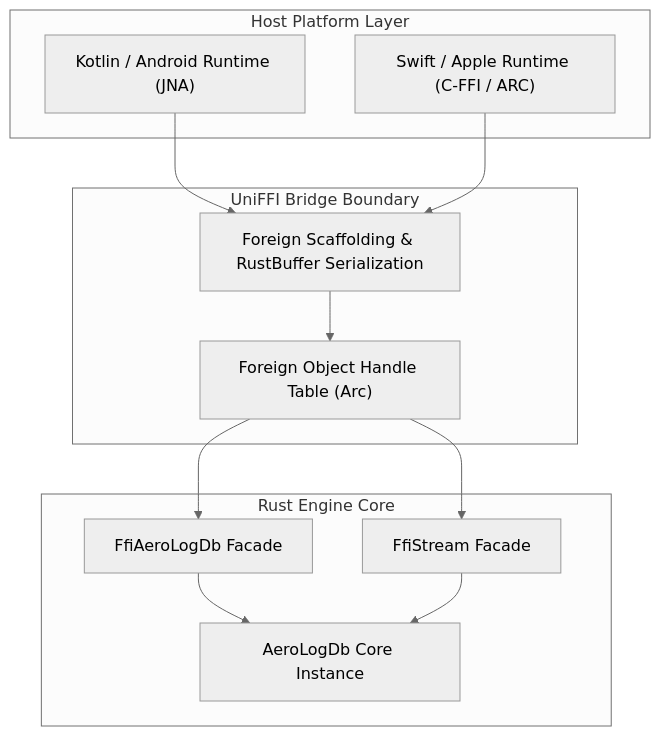
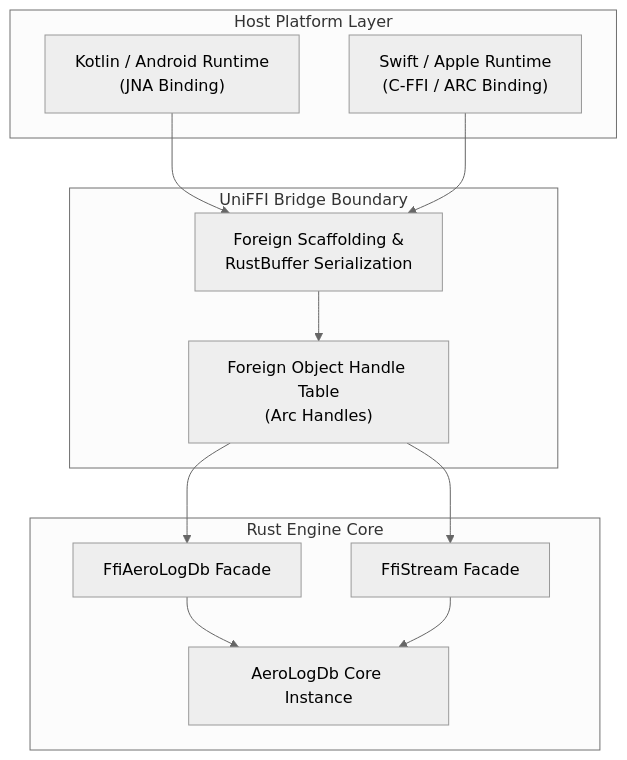
The diagram in docs/manual/bindings/uniffi-bridge.md (untacorp/aerolog), drawn with Mermaid (neutral theme) before and after one commit. The commit also changed 4 other files, not shown here.

Commit message:
docs: optimize mermaid layout, resolve generic bracket parsing, and add responsive containment css

````diff
--- a/docs/manual/bindings/uniffi-bridge.md
+++ b/docs/manual/bindings/uniffi-bridge.md
@@ -9,26 +9,26 @@
 ```mermaid
 flowchart TD
     subgraph HostLang ["Host Platform Layer"]
-        K1["Kotlin / Android Runtime (JNA)"]
-        S1["Swift / Apple Runtime (C-FFI / ARC)"]
+        K1["Kotlin / Android Runtime<br/>(JNA Binding)"]
+        S1["Swift / Apple Runtime<br/>(C-FFI / ARC Binding)"]
     end
 
     subgraph UniFFIBoundary ["UniFFI Bridge Boundary"]
-        U1["Foreign Scaffolding & RustBuffer Serialization"]
-        U2["Foreign Object Handle Table (Arc<T>)"]
+        U1["Foreign Scaffolding &<br/>RustBuffer Serialization"]
+        U2["Foreign Object Handle Table<br/>(Arc Handles)"]
     end
 
     subgraph NativeRust ["Rust Engine Core"]
         R1["FfiAeroLogDb Facade"]
         R2["FfiStream Facade"]
         R3["AeroLogDb Core Instance"]
     end
 
     K1 --> U1
     S1 --> U1
     U1 --> U2
     U2 --> R1
     U2 --> R2
     R1 --> R3
     R2 --> R3
 ```
````
